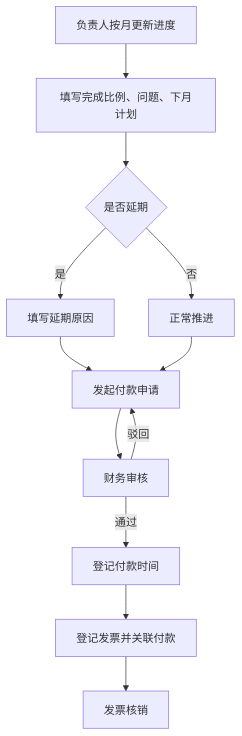
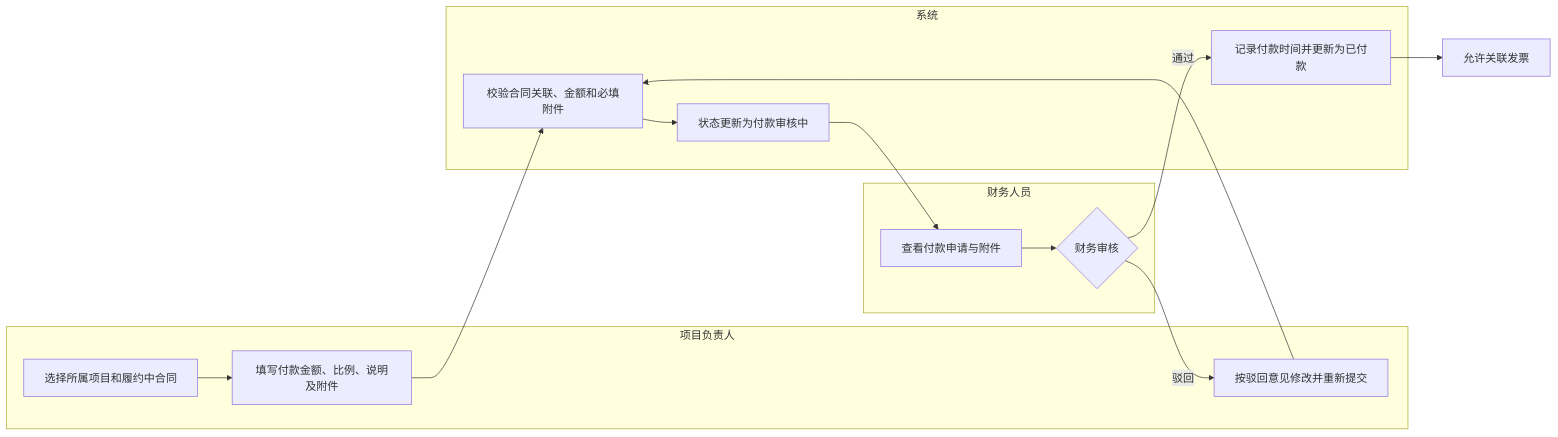
One commit to Jess-0411/github.io changed the fifth of 10 diagrams in 业务流程与架构图.md. Above: the diagram before and after it, drawn with Mermaid. The commit also changed other lines of this file and 7 other files, not shown here.

````diff
--- a/业务流程与架构图.md
+++ b/业务流程与架构图.md
@@ -52,14 +118,18 @@
 ```mermaid
-flowchart TD
-  A["负责人按月更新进度"] --> B["填写完成比例、问题、下月计划"]
-  B --> C{"是否延期"}
-  C -->|是| D["填写延期原因"]
-  C -->|否| E["正常推进"]
-  D --> F["发起付款申请"]
-  E --> F
-  F --> G["财务审核"]
-  G -->|通过| H["登记付款时间"]
-  G -->|驳回| F
-  H --> I["登记发票并关联付款"]
-  I --> J["发票核销"]
+flowchart LR
+  subgraph A["项目负责人"]
+    A1["选择所属项目和履约中合同"] --> A2["填写付款金额、比例、说明及附件"]
+    A3["按驳回意见修改并重新提交"]
+  end
+  subgraph B["系统"]
+    B1["校验合同关联、金额和必填附件"]
+    B2["状态更新为付款审核中"]
+    B3["记录付款时间并更新为已付款"]
+  end
+  subgraph C["财务人员"]
+    C1["查看付款申请与附件"] --> C2{"财务审核"}
+  end
+  A2 --> B1 --> B2 --> C1
+  C2 -->|驳回| A3 --> B1
+  C2 -->|通过| B3 --> D["允许关联发票"]
 ```
````
